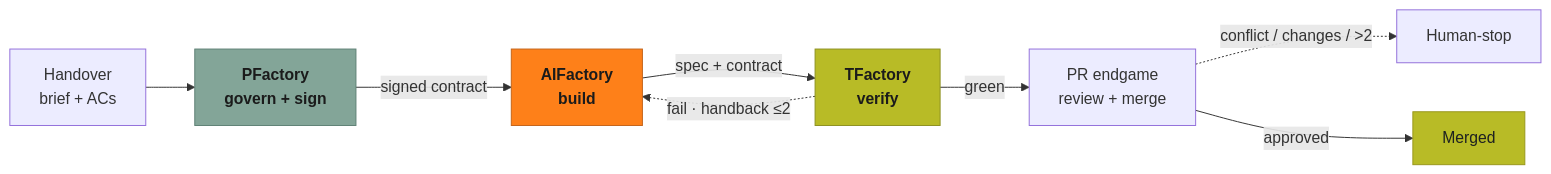
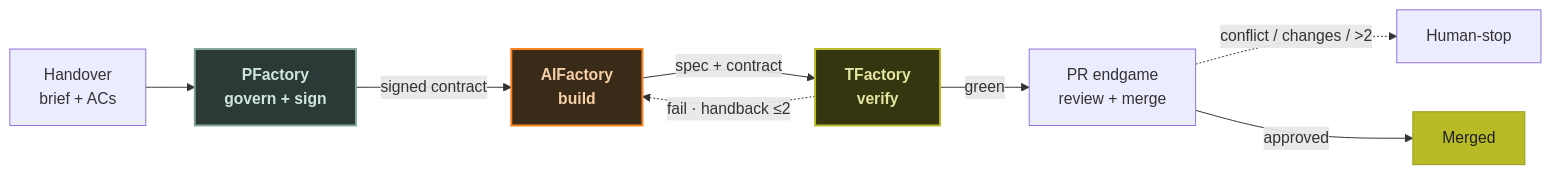
One commit to olafkfreund/Factory changed the diagram in docs/_posts/2026-06-11-the-guarded-parr-pipeline.md. Above: the diagram before and after it, drawn with Mermaid. The commit also changed 8 other files, not shown here.

First line of the commit message:
docs: dark-fill diagram nodes so text is readable on the live site (#236)

```diff
--- a/docs/_posts/2026-06-11-the-guarded-parr-pipeline.md
+++ b/docs/_posts/2026-06-11-the-guarded-parr-pipeline.md
@@ -24,19 +24,19 @@
 <div class="mermaid">
 flowchart LR
     HO["Handover<br/>brief + ACs"] --> PF["PFactory<br/>govern + sign"]
     PF -->|"signed contract"| AF["AIFactory<br/>build"]
     AF -->|"spec + contract"| TF["TFactory<br/>verify"]
     TF -->|"green"| PR["PR endgame<br/>review + merge"]
     TF -. "fail · handback ≤2" .-> AF
     PR -. "conflict / changes / >2" .-> H["Human-stop"]
     PR -->|"approved"| M["Merged"]
     classDef g fill:#b8bb26,stroke:#98971a,color:#1d2021;
     class M g;
-    classDef pf fill:#83a598,stroke:#5f8175,color:#1b1b1b,font-weight:bold;
-    classDef af fill:#fe8019,stroke:#c4641a,color:#1b1b1b,font-weight:bold;
-    classDef tf fill:#b8bb26,stroke:#8d9020,color:#1b1b1b,font-weight:bold;
-    classDef cf fill:#fabd2f,stroke:#c69526,color:#1b1b1b,font-weight:bold;
+    classDef pf fill:#2b3a37,stroke:#83a598,stroke-width:2px,color:#cfe6de,font-weight:bold;
+    classDef af fill:#3a2b18,stroke:#fe8019,stroke-width:2px,color:#f6cfa6,font-weight:bold;
+    classDef tf fill:#33360f,stroke:#b8bb26,stroke-width:2px,color:#e2e4a0,font-weight:bold;
+    classDef cf fill:#3a3115,stroke:#fabd2f,stroke-width:2px,color:#f6dd98,font-weight:bold;
     class PF pf;
     class AF af;
     class TF tf;
 </div>
```
